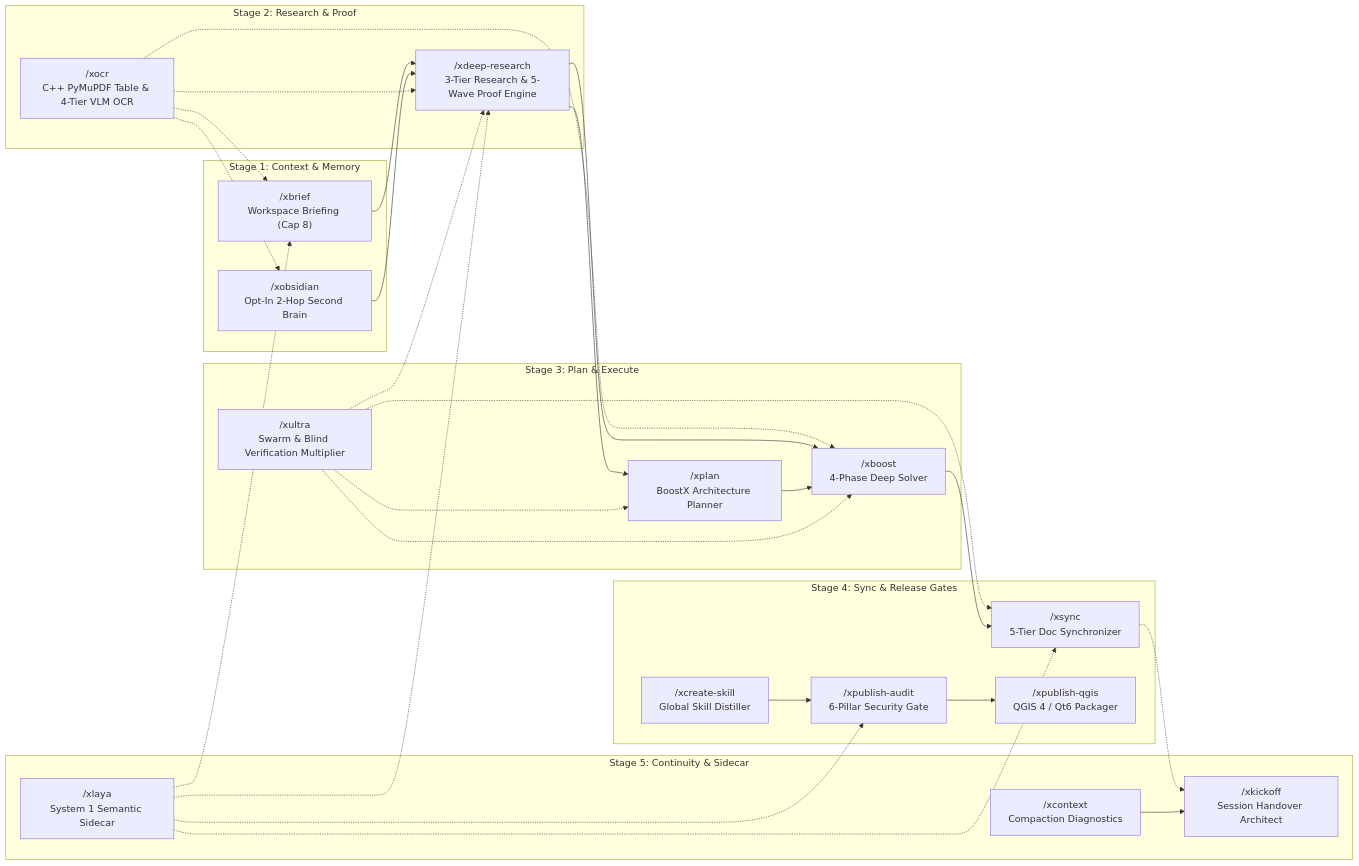
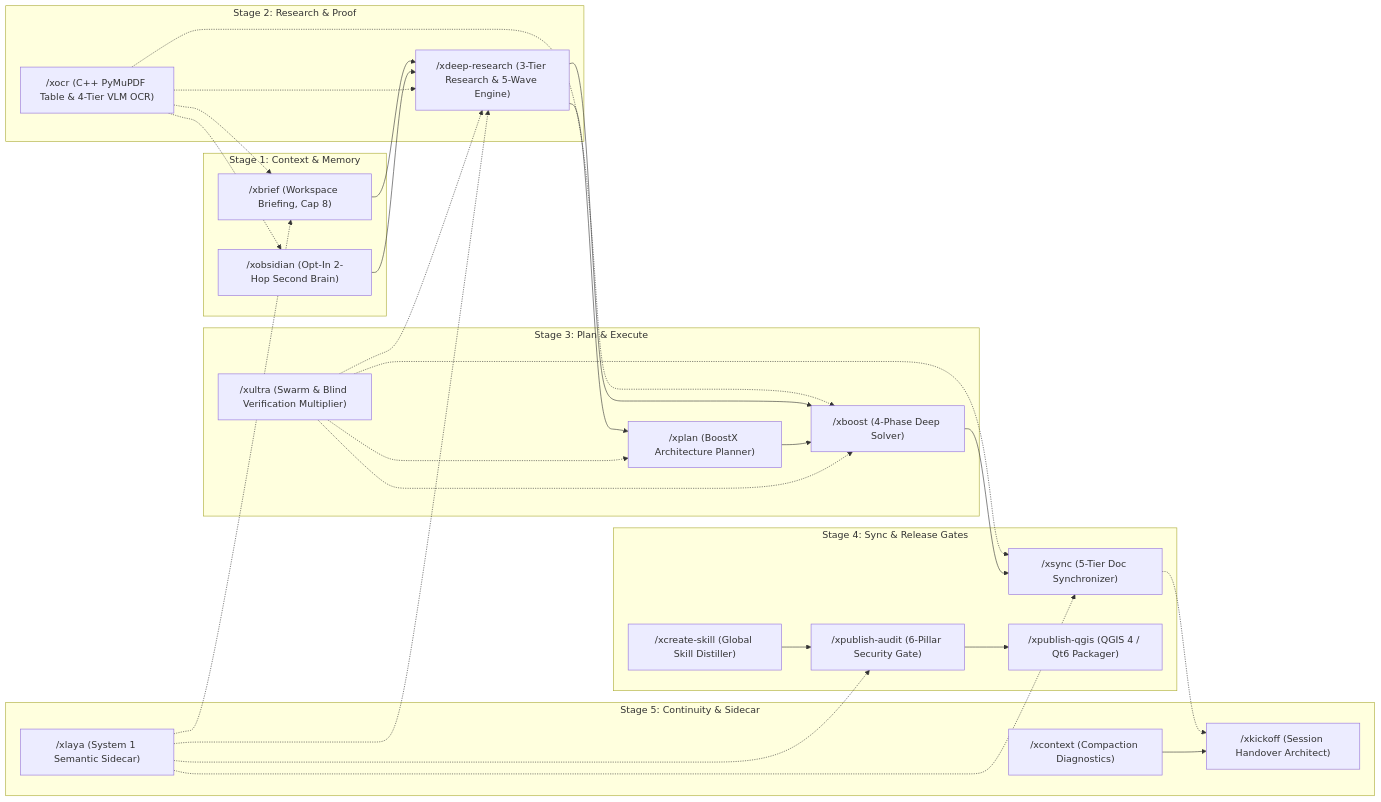
Before and after one commit to iscvlab/boostx: the first of 2 diagrams in README.md, drawn with Mermaid. The commit also changed other lines of this file and 6 other files, not shown here.

Commit message:
fix(docs): remove <br> and xychart-beta from Mermaid diagrams across BoostX and /xocr

````diff
--- a/README.md
+++ b/README.md
@@ -21,50 +21,50 @@
 ```mermaid
-graph LR
+flowchart LR
     subgraph S1["Stage 1: Context & Memory"]
-        BX["/xbrief<br>Workspace Briefing (Cap 8)"]
-        OX["/xobsidian<br>Opt-In 2-Hop Second Brain"]
+        BX["/xbrief (Workspace Briefing, Cap 8)"]
+        OX["/xobsidian (Opt-In 2-Hop Second Brain)"]
     end
     subgraph S2["Stage 2: Research & Proof"]
-        DRX["/xdeep-research<br>3-Tier Research & 5-Wave Proof Engine"]
-        OCX["/xocr<br>C++ PyMuPDF Table & 4-Tier VLM OCR"]
+        DRX["/xdeep-research (3-Tier Research & 5-Wave Engine)"]
+        OCX["/xocr (C++ PyMuPDF Table & 4-Tier VLM OCR)"]
     end
     subgraph S3["Stage 3: Plan & Execute"]
-        PLX["/xplan<br>BoostX Architecture Planner"]
-        BSX["/xboost<br>4-Phase Deep Solver"]
-        ULX["/xultra<br>Swarm & Blind Verification Multiplier"]
+        PLX["/xplan (BoostX Architecture Planner)"]
+        BSX["/xboost (4-Phase Deep Solver)"]
+        ULX["/xultra (Swarm & Blind Verification Multiplier)"]
     end
     subgraph S4["Stage 4: Sync & Release Gates"]
-        SX["/xsync<br>5-Tier Doc Synchronizer"]
-        CSX["/xcreate-skill<br>Global Skill Distiller"]
-        PAX["/xpublish-audit<br>6-Pillar Security Gate"]
-        PQX["/xpublish-qgis<br>QGIS 4 / Qt6 Packager"]
+        SX["/xsync (5-Tier Doc Synchronizer)"]
+        CSX["/xcreate-skill (Global Skill Distiller)"]
+        PAX["/xpublish-audit (6-Pillar Security Gate)"]
+        PQX["/xpublish-qgis (QGIS 4 / Qt6 Packager)"]
     end
     subgraph S5["Stage 5: Continuity & Sidecar"]
-        CTX["/xcontext<br>Compaction Diagnostics"]
-        KOX["/xkickoff<br>Session Handover Architect"]
-        LX["/xlaya<br>System 1 Semantic Sidecar"]
+        CTX["/xcontext (Compaction Diagnostics)"]
+        KOX["/xkickoff (Session Handover Architect)"]
+        LX["/xlaya (System 1 Semantic Sidecar)"]
     end
 
     BX --> DRX
     OX --> DRX
     OCX -.-> BX
     OCX -.-> DRX
     OCX -.-> BSX
     OCX -.-> OX
     DRX --> PLX
     DRX --> BSX
     PLX --> BSX
     ULX -.-> DRX
     ULX -.-> PLX
     ULX -.-> BSX
     ULX -.-> SX
     BSX --> SX
     CSX --> PAX
     PAX --> PQX
     SX -.-> KOX
     CTX --> KOX
     LX -.-> BX
     LX -.-> DRX
     LX -.-> SX
     LX -.-> PAX
 ```
````
